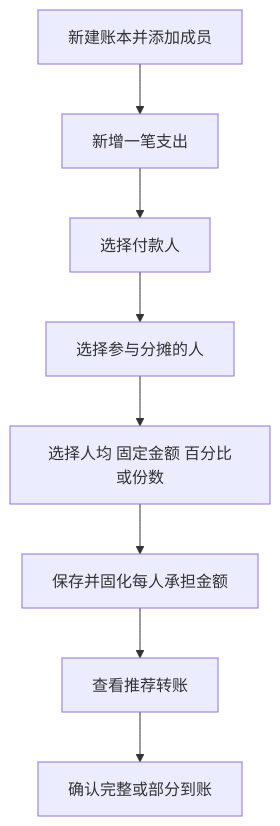
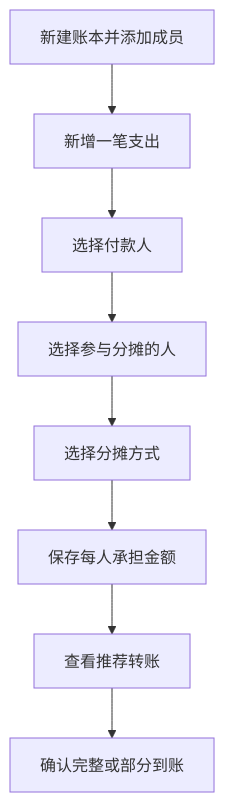
One commit to shihg7/wechat_mini_program changed the second of 4 diagrams in docs/USER_GUIDE.md. Above: the diagram before and after it, drawn with Mermaid. The commit also changed other lines of this file and 110 other files, not shown here.

````diff
--- a/docs/USER_GUIDE.md
+++ b/docs/USER_GUIDE.md
@@ -322,10 +463,18 @@
 ```mermaid
 flowchart TD
-    A[新建账本并添加成员] --> B[新增一笔支出]
-    B --> C[选择付款人]
-    C --> D[选择参与分摊的人]
-    D --> E[选择人均 固定金额 百分比或份数]
-    E --> F[保存并固化每人承担金额]
-    F --> G[查看推荐转账]
-    G --> H[确认完整或部分到账]
+    A["新建账本并添加成员"]
+    B["新增一笔支出"]
+    C["选择付款人"]
+    D["选择参与分摊的人"]
+    E["选择分摊方式"]
+    F["保存每人承担金额"]
+    G["查看推荐转账"]
+    H["确认完整或部分到账"]
+    A --> B
+    B --> C
+    C --> D
+    D --> E
+    E --> F
+    F --> G
+    G --> H
 ```
````
